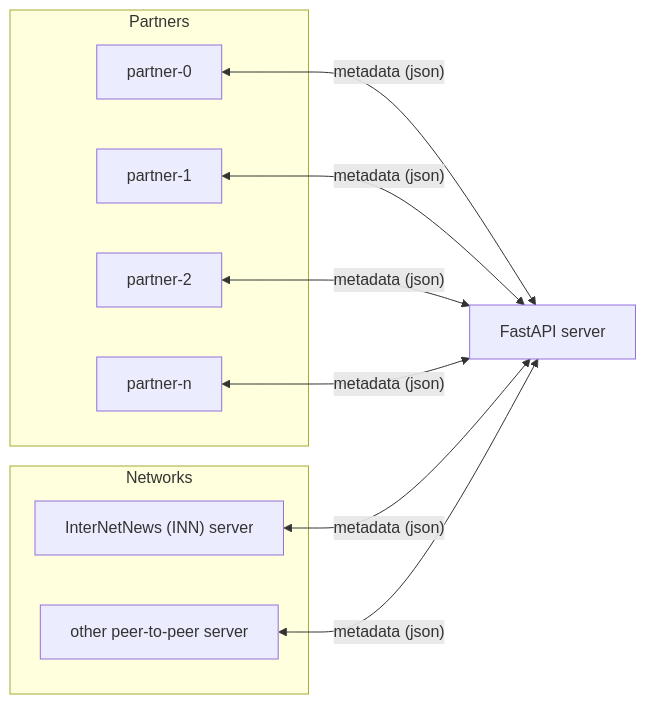
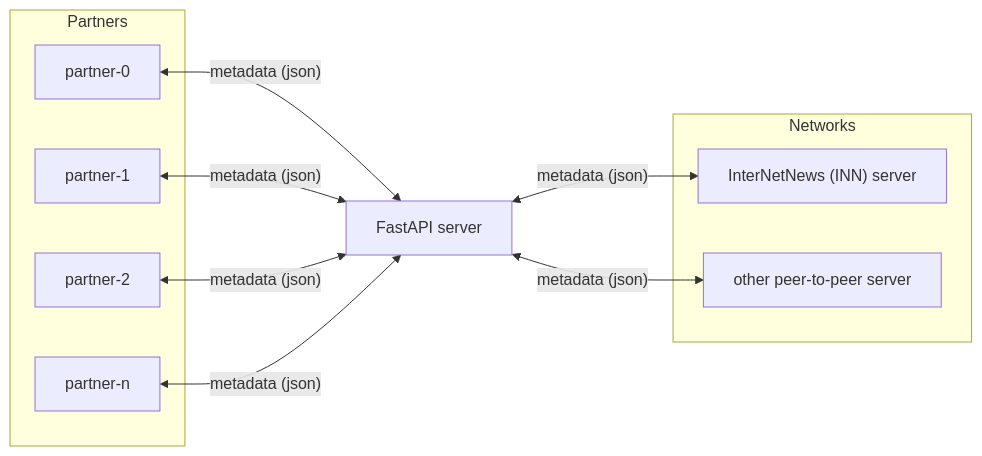
Before and after one commit to ISKME/Open-Metadata-Exchange: the second of 2 diagrams in README.md, drawn with Mermaid.

Commit message:
Add OME network diagram

````diff
--- a/README.md
+++ b/README.md
@@ -26,22 +26,22 @@
 ```mermaid
 graph LR
     subgraph Partners
         partner0[partner-0]
         partner1[partner-1]
         partner2[partner-2]
         partnerN[partner-n]
     end
 
     partner0 <-- "metadata (json)" --> FastAPI["FastAPI server"]
     partner1 <-- "metadata (json)" --> FastAPI
     partner2 <-- "metadata (json)" --> FastAPI
     partnerN <-- "metadata (json)" --> FastAPI
 
+    FastAPI <-- "metadata (json)" --> INN["InterNetNews (INN) server"]
+    FastAPI <-- "metadata (json)" --> P2P["other peer-to-peer server"]
+
     subgraph Networks
-        INN["InterNetNews (INN) server"]
-        P2P["other peer-to-peer server"]
+        INN
+        P2P
     end
-
-    INN <-- "metadata (json)" --> FastAPI
-    P2P <-- "metadata (json)" --> FastAPI
 ```
````
